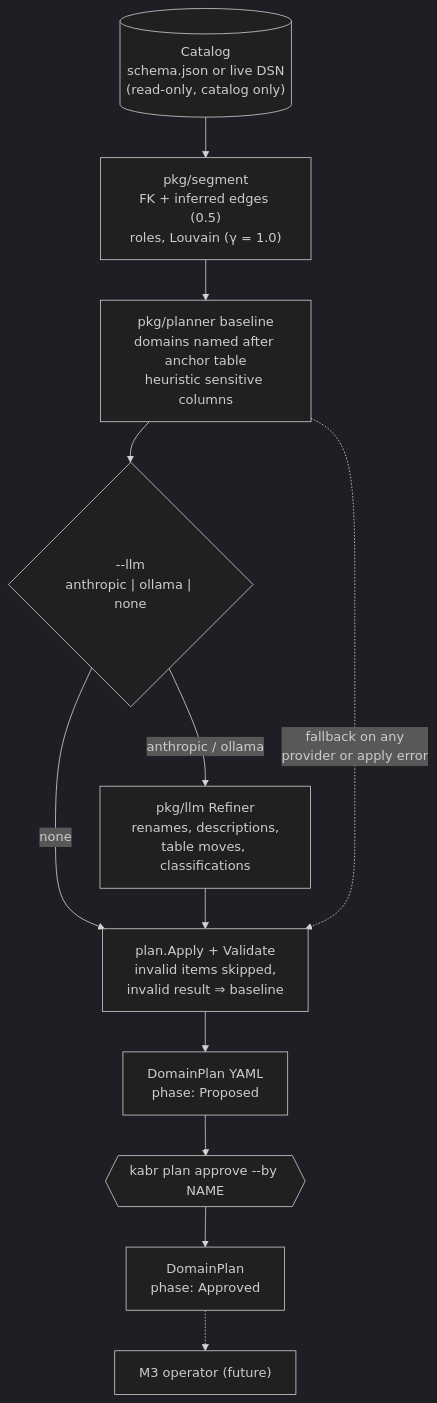
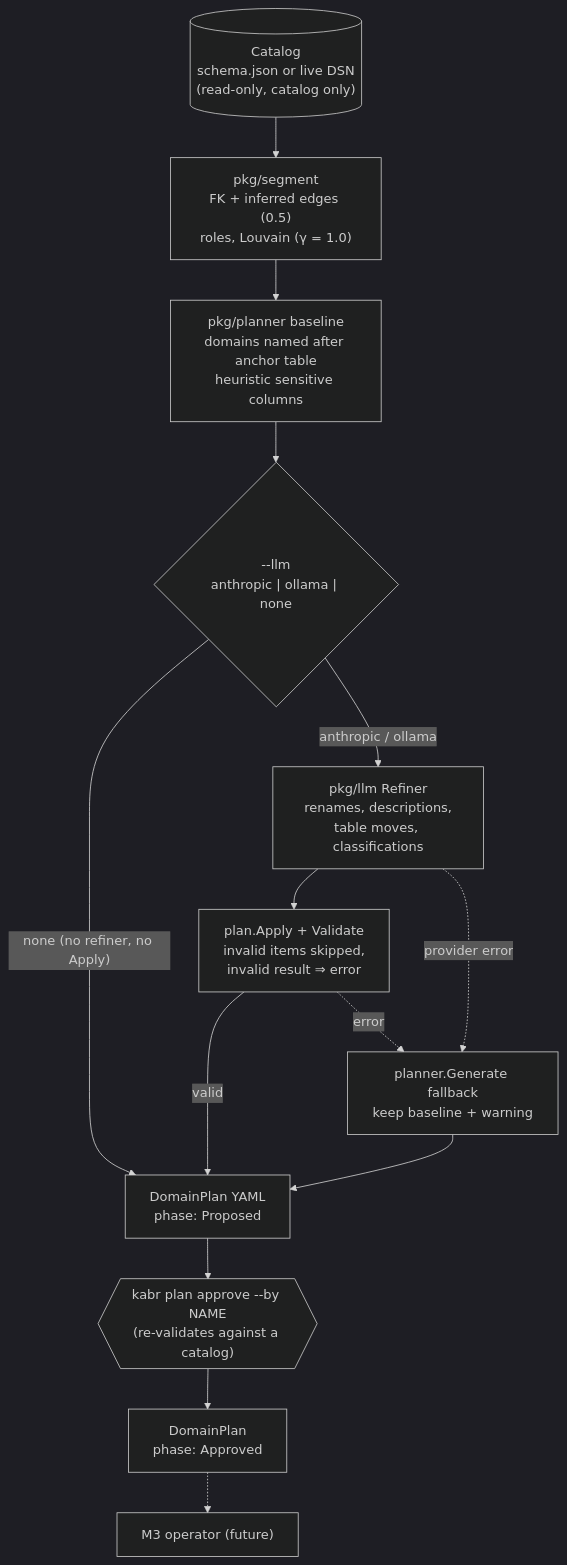
Before and after one commit to Gabrielmmorais/kabr: the third of 4 diagrams in docs/architecture.md, drawn with Mermaid (dark theme). The commit also changed other lines of this file and 8 other files, not shown here.

Commit message:
fix(cli): require a catalog for plan approve and align M2 docs with the implementation

````diff
--- a/docs/architecture.md
+++ b/docs/architecture.md
@@ -190,19 +190,23 @@
 ```mermaid
 flowchart TD
     cat[("Catalog<br/>schema.json or live DSN<br/>(read-only, catalog only)")]
     seg["pkg/segment<br/>FK + inferred edges (0.5)<br/>roles, Louvain (γ = 1.0)"]
     base["pkg/planner baseline<br/>domains named after anchor table<br/>heuristic sensitive columns"]
     ref{"--llm<br/>anthropic | ollama | none"}
     llm["pkg/llm Refiner<br/>renames, descriptions,<br/>table moves, classifications"]
-    apply["plan.Apply + Validate<br/>invalid items skipped,<br/>invalid result ⇒ baseline"]
+    apply["plan.Apply + Validate<br/>invalid items skipped,<br/>invalid result ⇒ error"]
+    fallback["planner.Generate fallback<br/>keep baseline + warning"]
     out["DomainPlan YAML<br/>phase: Proposed"]
-    approve{{"kabr plan approve --by NAME"}}
+    approve{{"kabr plan approve --by NAME<br/>(re-validates against a catalog)"}}
     approved["DomainPlan<br/>phase: Approved"]
     op["M3 operator (future)"]
 
     cat --> seg --> base --> ref
-    ref -- "none" --> apply
+    ref -- "none (no refiner, no Apply)" --> out
     ref -- "anthropic / ollama" --> llm --> apply
-    base -. "fallback on any<br/>provider or apply error" .-> apply
-    apply --> out --> approve --> approved -.-> op
+    llm -. "provider error" .-> fallback
+    apply -- "valid" --> out
+    apply -. "error" .-> fallback
+    fallback --> out
+    out --> approve --> approved -.-> op
 ```
````
